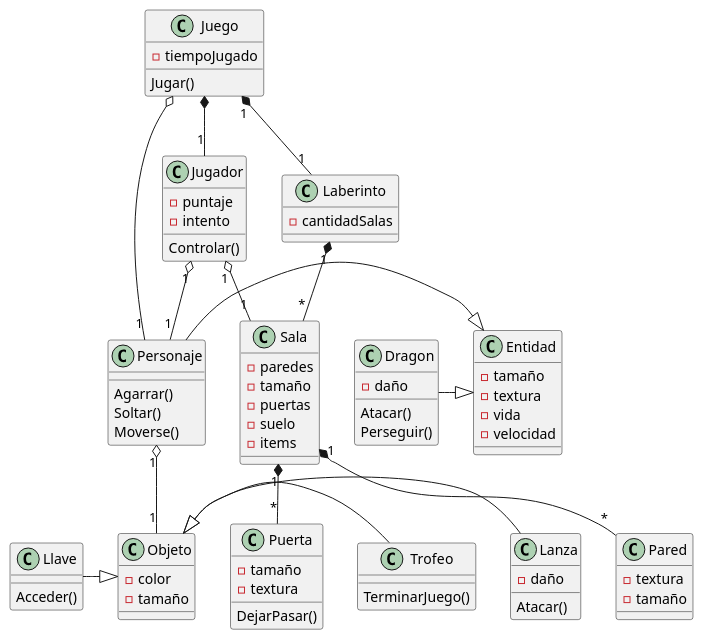
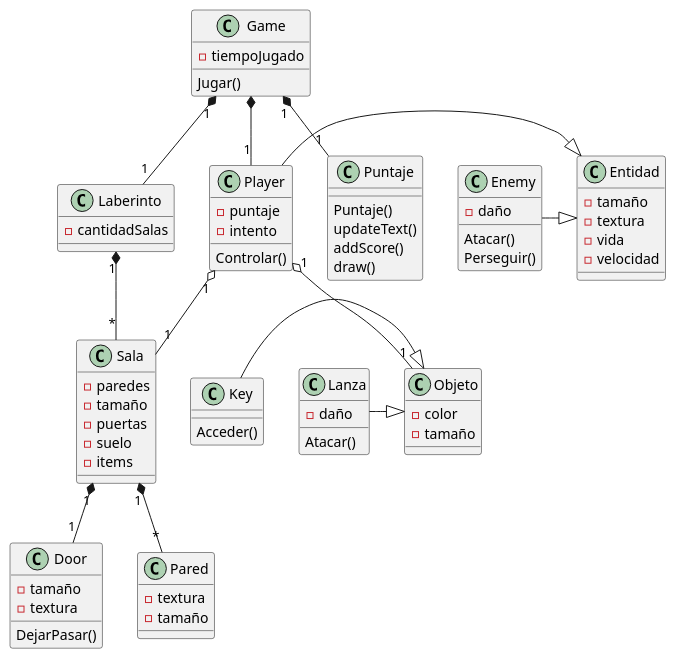
One commit to joseassad13/Adveture_The_Game changed the diagram in docs/adventure.puml. Above: the diagram before and after it, drawn with PlantUML.

Commit message:
puml edicion

```diff
--- a/docs/adventure.puml
+++ b/docs/adventure.puml
@@ -1,99 +1,93 @@
 @startuml Adventure
 
-class Juego
+class Game
 {
     Jugar()
     -tiempoJugado
 }
-class Jugador
+class Player
 {
     Controlar()
     -puntaje
     -intento
 }
-class Personaje 
-{
-    Agarrar()
-    Soltar()
-    Moverse()
-    
-}
+
 class Objeto{
     -color
     -tamaño
 }
-class Llave
+class Key
 {
     Acceder()
    
 }
-class Trofeo
-{
-    TerminarJuego()
+class Puntaje{
+    Puntaje()
+    updateText()
+    addScore()
+    draw()
 }
 class Lanza 
 {
     Atacar()
     -daño
 }
 
 class Sala
 {
     -paredes
     -tamaño
     -puertas
     -suelo
     -items
 }
-class Puerta 
+class Door 
 {
     DejarPasar()
     -tamaño 
     -textura
 }
 class Laberinto
 {
     -cantidadSalas
 }
 class Pared
 {
     -textura
     -tamaño
 }
 
-class Dragon
+class Enemy
 {
     Atacar()
     Perseguir()
     -daño
    
 }
 
 class Entidad{
     -tamaño
     -textura
     -vida
     -velocidad
 
 }
 
-Jugador "1" o-- "1" Personaje
-Juego *-- "1" Jugador
-Juego o-- "1" Personaje
+Game *-- "1" Player
 
-Llave -|> Objeto
-Trofeo-|> Objeto
+Key -|> Objeto
 Lanza -|> Objeto
 
-Personaje "1" o-- "1" Objeto
+Player "1" o-- "1" Objeto
 
-Juego "1" *-- "1"Laberinto
+Game "1" *-- "1"Laberinto
+Game "1" *-- "1" Puntaje
 Laberinto "1" *-- "*"Sala
-Jugador "1" o--"1"Sala
-Sala "1"*-- "*" Puerta
-Sala "1" *-- "*" Pared 
+Player "1" o--"1"Sala
+Sala "1" *-- "1" Door 
+Sala "1" *-- "*" Pared
 
-Personaje -|> Entidad
-Dragon -|> Entidad
+Player -|> Entidad
+Enemy -|> Entidad
 
 @enduml
```
